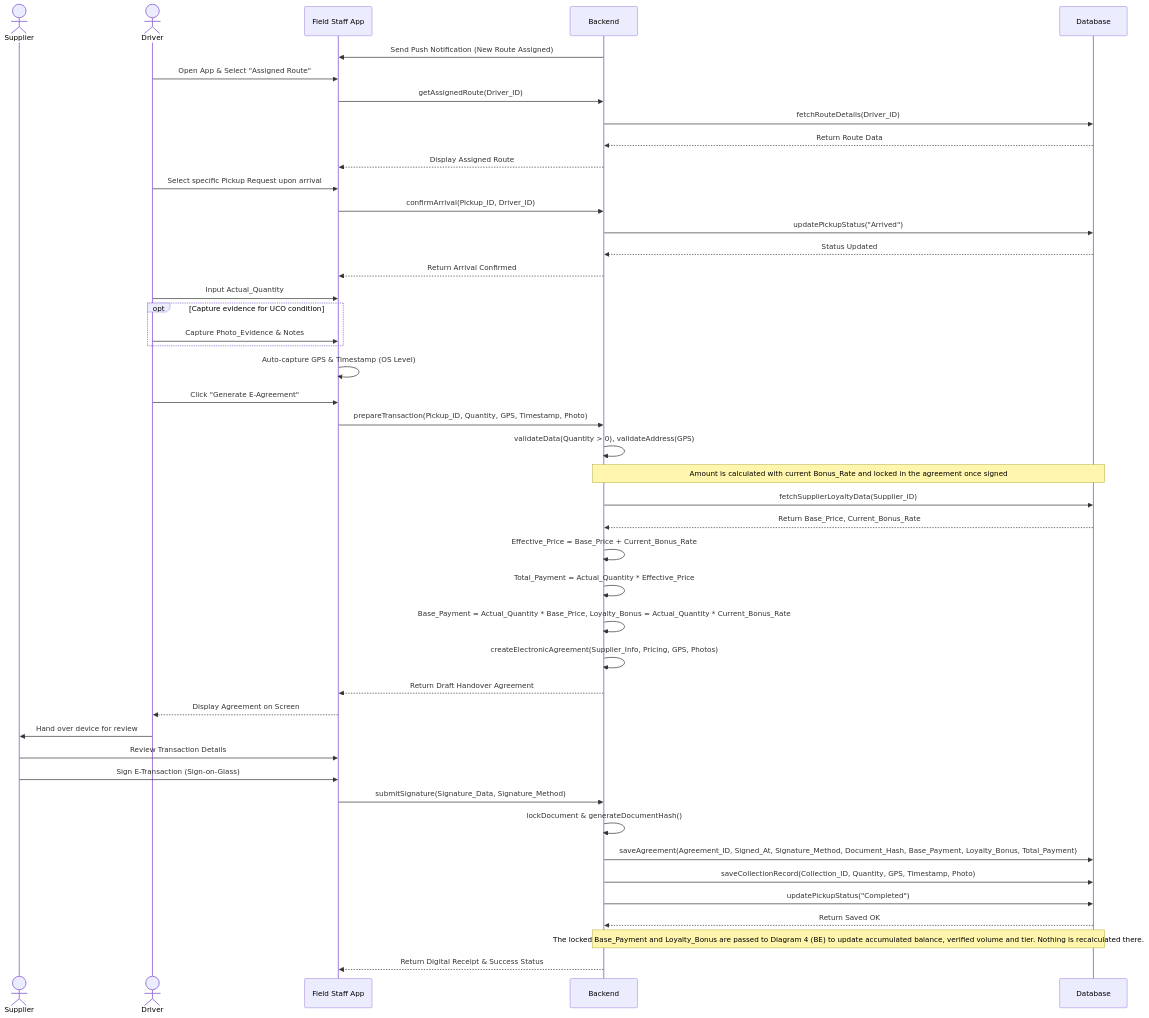
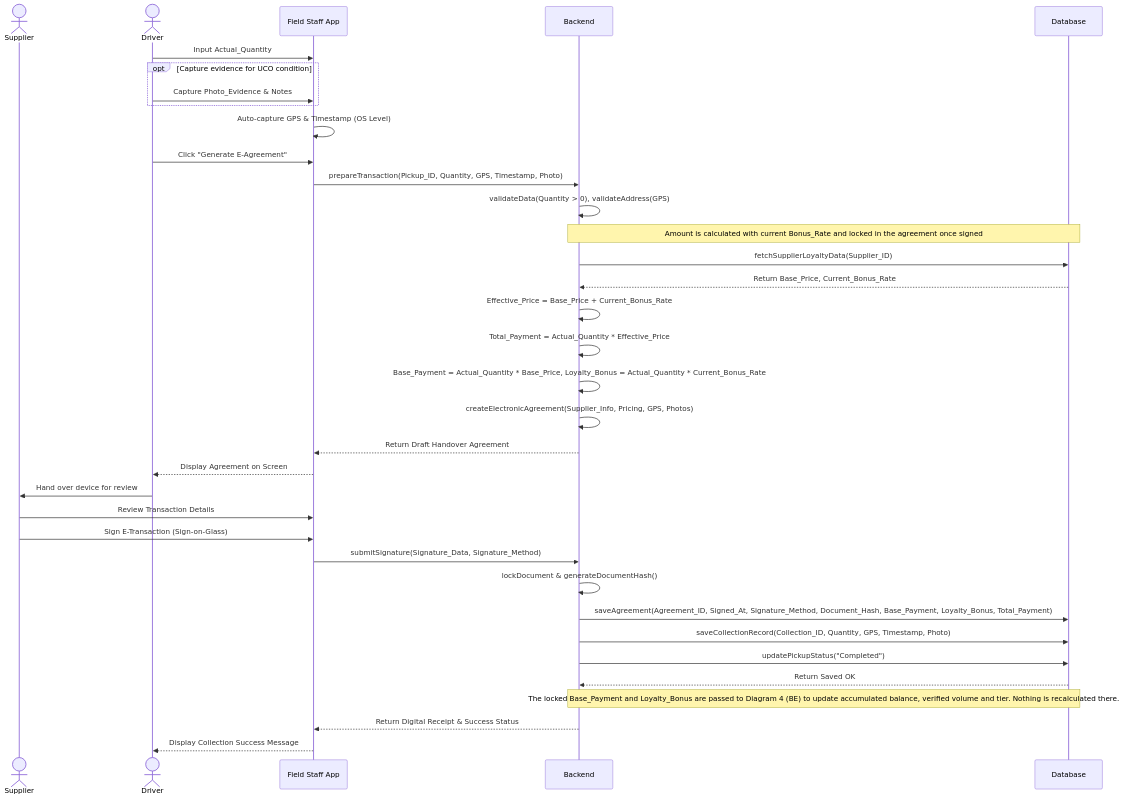
The diagram in docs/use-case/SD-UC-07.md (thuyvicbh-alt/DBIZ2---GROUP-D), drawn with Mermaid before and after one commit.

````diff
--- a/docs/use-case/SD-UC-07.md
+++ b/docs/use-case/SD-UC-07.md
@@ -11,48 +11,38 @@
 ```mermaid
 sequenceDiagram
   actor S as Supplier
   actor Dr as Driver
   participant App as Field Staff App
   participant B as Backend
   participant D as Database
 
-  B->>App: Send Push Notification (New Route Assigned)
-  Dr->>App: Open App & Select "Assigned Route"
-  App->>B: getAssignedRoute(Driver_ID)
-  B->>D: fetchRouteDetails(Driver_ID)
-  D-->>B: Return Route Data
-  B-->>App: Display Assigned Route
-  Dr->>App: Select specific Pickup Request upon arrival
-  App->>B: confirmArrival(Pickup_ID, Driver_ID)
-  B->>D: updatePickupStatus("Arrived")
-  D-->>B: Status Updated
-  B-->>App: Return Arrival Confirmed
   Dr->>App: Input Actual_Quantity
   opt Capture evidence for UCO condition
     Dr->>App: Capture Photo_Evidence & Notes
   end
   App->>App: Auto-capture GPS & Timestamp (OS Level)
   Dr->>App: Click "Generate E-Agreement"
   App->>B: prepareTransaction(Pickup_ID, Quantity, GPS, Timestamp, Photo)
   B->>B: validateData(Quantity > 0), validateAddress(GPS)
   Note over B, D: Amount is calculated with current Bonus_Rate and locked in the agreement once signed
   B->>D: fetchSupplierLoyaltyData(Supplier_ID)
   D-->>B: Return Base_Price, Current_Bonus_Rate
   B->>B: Effective_Price = Base_Price + Current_Bonus_Rate
   B->>B: Total_Payment = Actual_Quantity * Effective_Price
   B->>B: Base_Payment = Actual_Quantity * Base_Price, Loyalty_Bonus = Actual_Quantity * Current_Bonus_Rate
   B->>B: createElectronicAgreement(Supplier_Info, Pricing, GPS, Photos)
   B-->>App: Return Draft Handover Agreement
   App-->>Dr: Display Agreement on Screen
   Dr->>S: Hand over device for review
   S->>App: Review Transaction Details
   S->>App: Sign E-Transaction (Sign-on-Glass)
   App->>B: submitSignature(Signature_Data, Signature_Method)
   B->>B: lockDocument & generateDocumentHash()
   B->>D: saveAgreement(Agreement_ID, Signed_At, Signature_Method, Document_Hash, Base_Payment, Loyalty_Bonus, Total_Payment)
   B->>D: saveCollectionRecord(Collection_ID, Quantity, GPS, Timestamp, Photo)
   B->>D: updatePickupStatus("Completed")
   D-->>B: Return Saved OK
   Note over B, D: The locked Base_Payment and Loyalty_Bonus are passed to Diagram 4 (BE) to update accumulated balance, verified volume and tier. Nothing is recalculated there.
   B-->>App: Return Digital Receipt & Success Status
+  App-->>Dr: Display Collection Success Message
   ```
````
